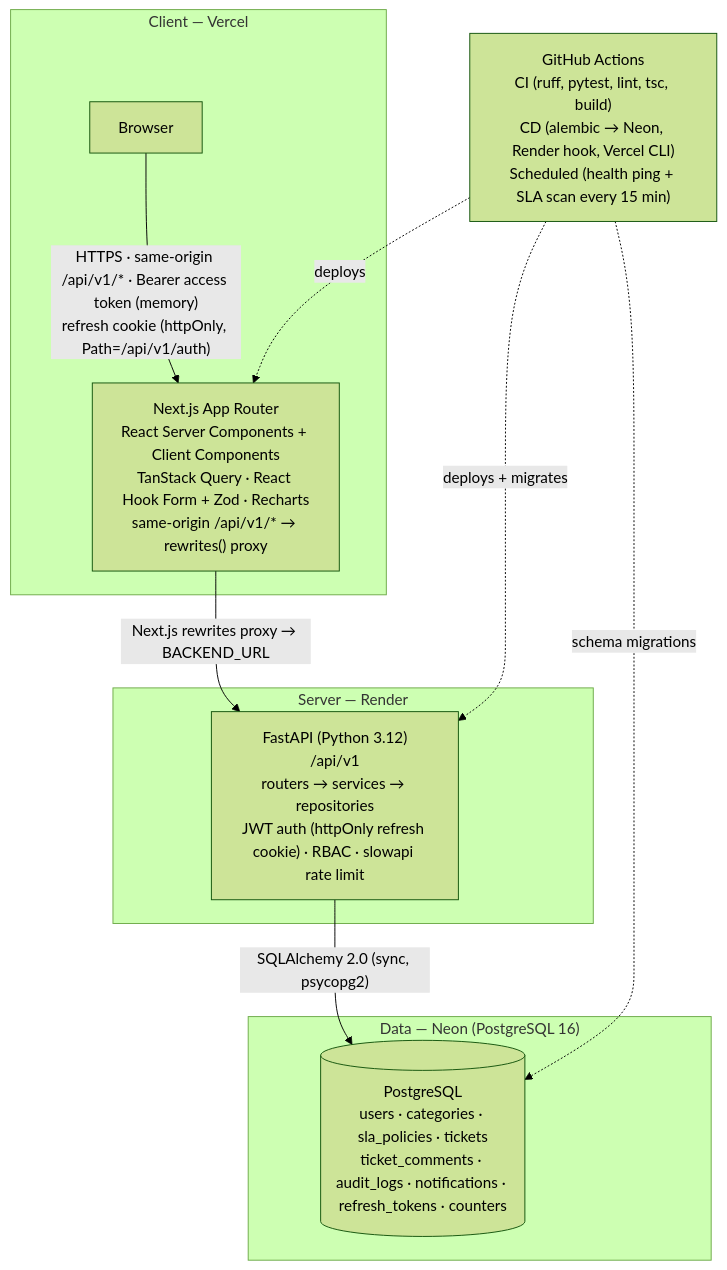
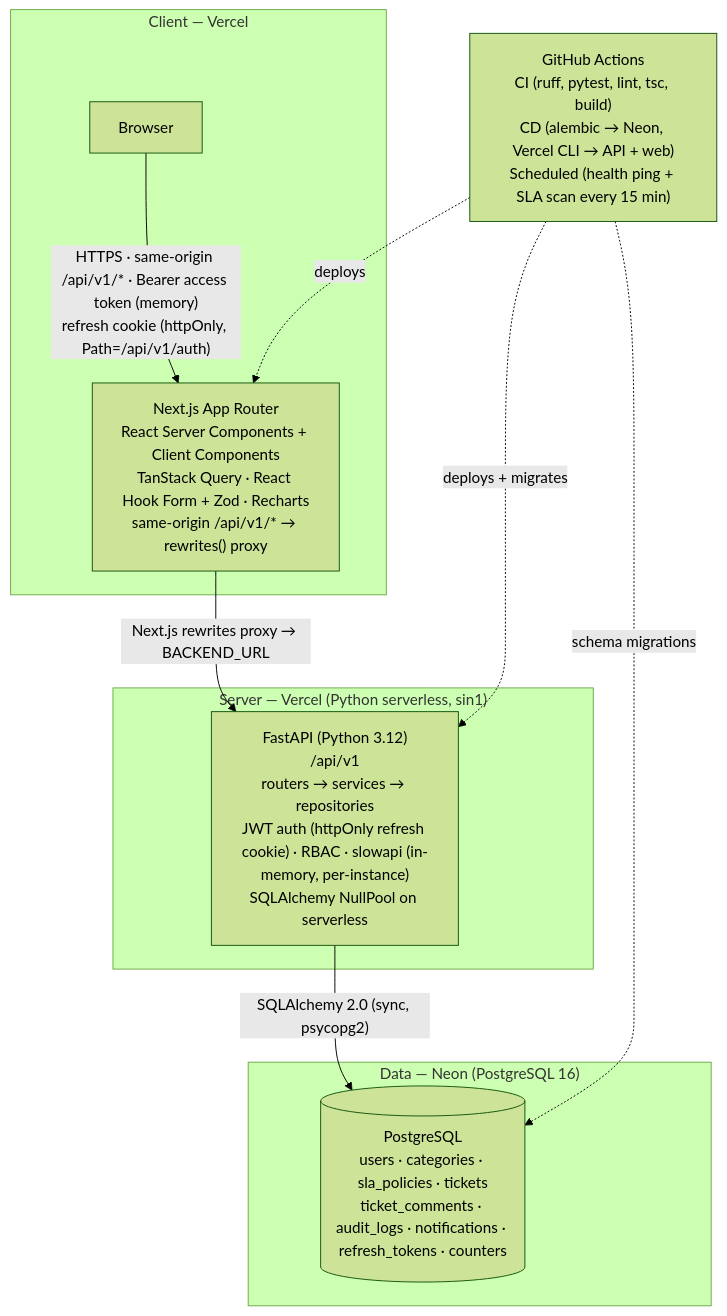
Before and after one commit to zayddawood-0/deskflow: the first of 4 diagrams in docs/ARCHITECTURE.md, drawn with Mermaid (forest theme). The commit also changed other lines of this file and 21 other files, not shown here.

Commit message:
feat(deploy): move backend to Vercel serverless, NullPool on Vercel, deploy both apps via GitHub Actions

````diff
--- a/docs/ARCHITECTURE.md
+++ b/docs/ARCHITECTURE.md
@@ -10,21 +10,21 @@
 ```mermaid
 flowchart TB
     subgraph client["Client — Vercel"]
         U["Browser"]
         N["Next.js App Router<br/>React Server Components + Client Components<br/>TanStack Query · React Hook Form + Zod · Recharts<br/>same-origin /api/v1/* → rewrites() proxy"]
     end
-    subgraph server["Server — Render"]
-        R["FastAPI (Python 3.12)<br/>/api/v1<br/>routers → services → repositories<br/>JWT auth (httpOnly refresh cookie) · RBAC · slowapi rate limit"]
+    subgraph server["Server — Vercel (Python serverless, sin1)"]
+        R["FastAPI (Python 3.12)<br/>/api/v1<br/>routers → services → repositories<br/>JWT auth (httpOnly refresh cookie) · RBAC · slowapi (in-memory, per-instance)<br/>SQLAlchemy NullPool on serverless"]
     end
     subgraph data["Data — Neon (PostgreSQL 16)"]
         DB[("PostgreSQL<br/>users · categories · sla_policies · tickets<br/>ticket_comments · audit_logs · notifications · refresh_tokens · counters")]
     end
-    G["GitHub Actions<br/>CI (ruff, pytest, lint, tsc, build)<br/>CD (alembic → Neon, Render hook, Vercel CLI)<br/>Scheduled (health ping + SLA scan every 15 min)"]
+    G["GitHub Actions<br/>CI (ruff, pytest, lint, tsc, build)<br/>CD (alembic → Neon, Vercel CLI → API + web)<br/>Scheduled (health ping + SLA scan every 15 min)"]
 
     U -- "HTTPS · same-origin /api/v1/* · Bearer access token (memory)<br/>refresh cookie (httpOnly, Path=/api/v1/auth)" --> N
     N -- "Next.js rewrites proxy → BACKEND_URL" --> R
     R -- "SQLAlchemy 2.0 (sync, psycopg2)" --> DB
     G -. deploys .-> N
     G -. deploys + migrates .-> R
     G -. schema migrations .-> DB
 ```
````
